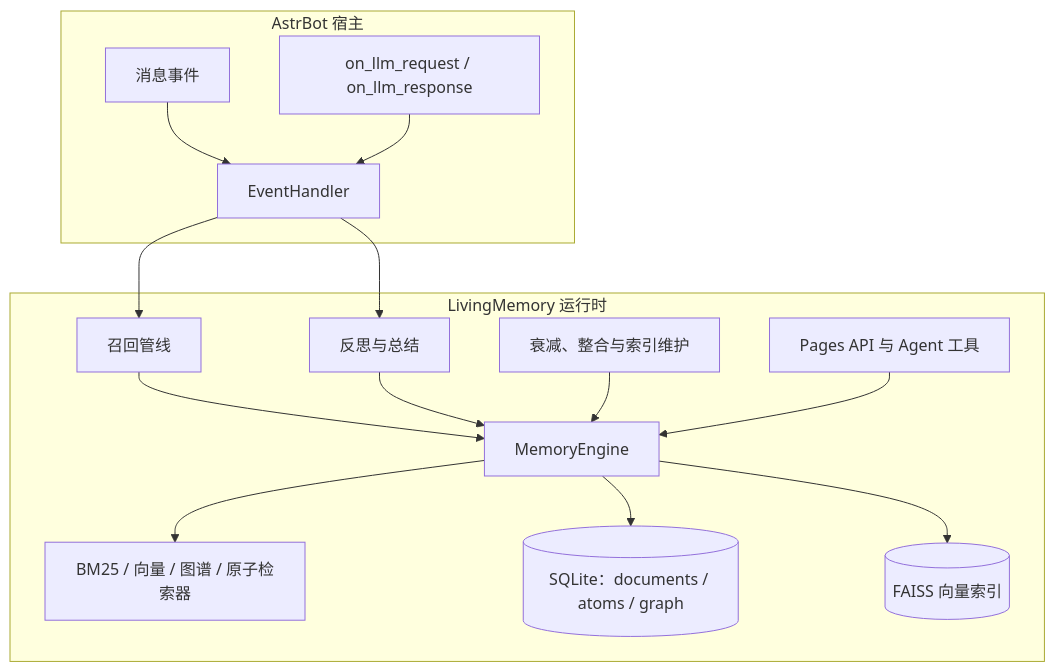
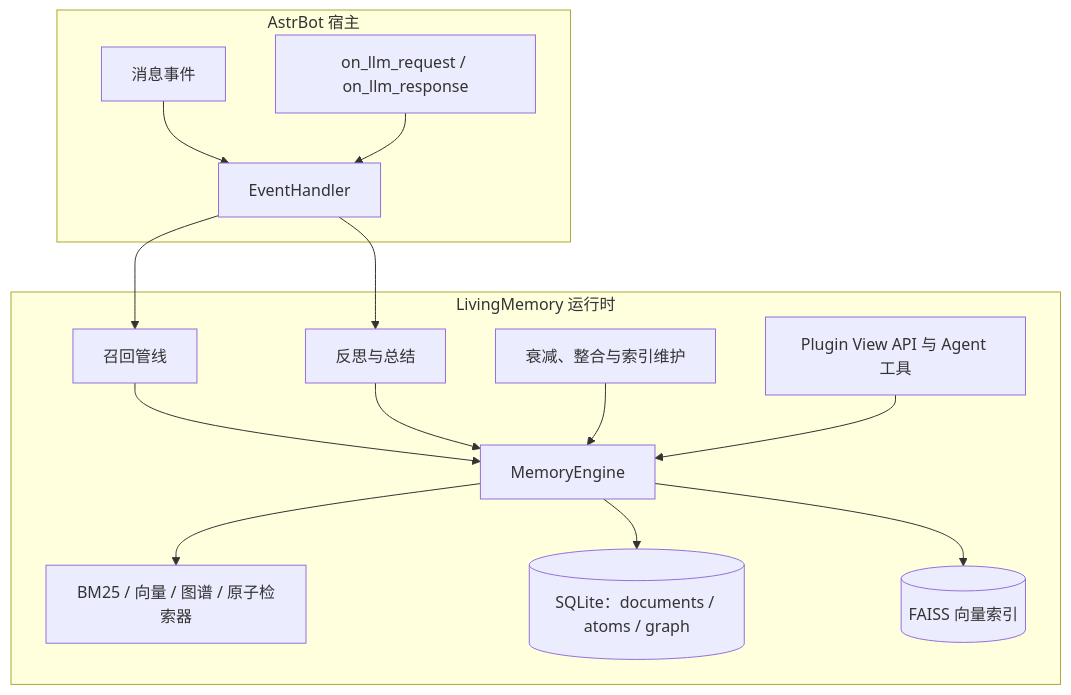
Before and after one commit to lxfight-s-Astrbot-Plugins/astrbot_plugin_livingmemory: the first of 4 diagrams in docs/architecture.md, drawn with Mermaid. The commit also changed other lines of this file and 22 other files, not shown here.

````diff
--- a/docs/architecture.md
+++ b/docs/architecture.md
@@ -7,18 +7,18 @@
 ```mermaid
 flowchart TB
     subgraph HOST["AstrBot 宿主"]
         MSG["消息事件"] --> EH["EventHandler"]
         HOOKS["on_llm_request / on_llm_response"] --> EH
     end
     subgraph CORE["LivingMemory 运行时"]
         EH --> RECALL["召回管线"]
         EH --> REFLECT["反思与总结"]
         RECALL --> ENGINE["MemoryEngine"]
         REFLECT --> ENGINE
         ENGINE --> RETRIEVERS["BM25 / 向量 / 图谱 / 原子检索器"]
         ENGINE --> SQLITE[("SQLite：documents / atoms / graph")]
         ENGINE --> FAISS[("FAISS 向量索引")]
         SCHED["衰减、整合与索引维护"] --> ENGINE
-        API["Pages API 与 Agent 工具"] --> ENGINE
+        API["Plugin View API 与 Agent 工具"] --> ENGINE
     end
 ```
````
